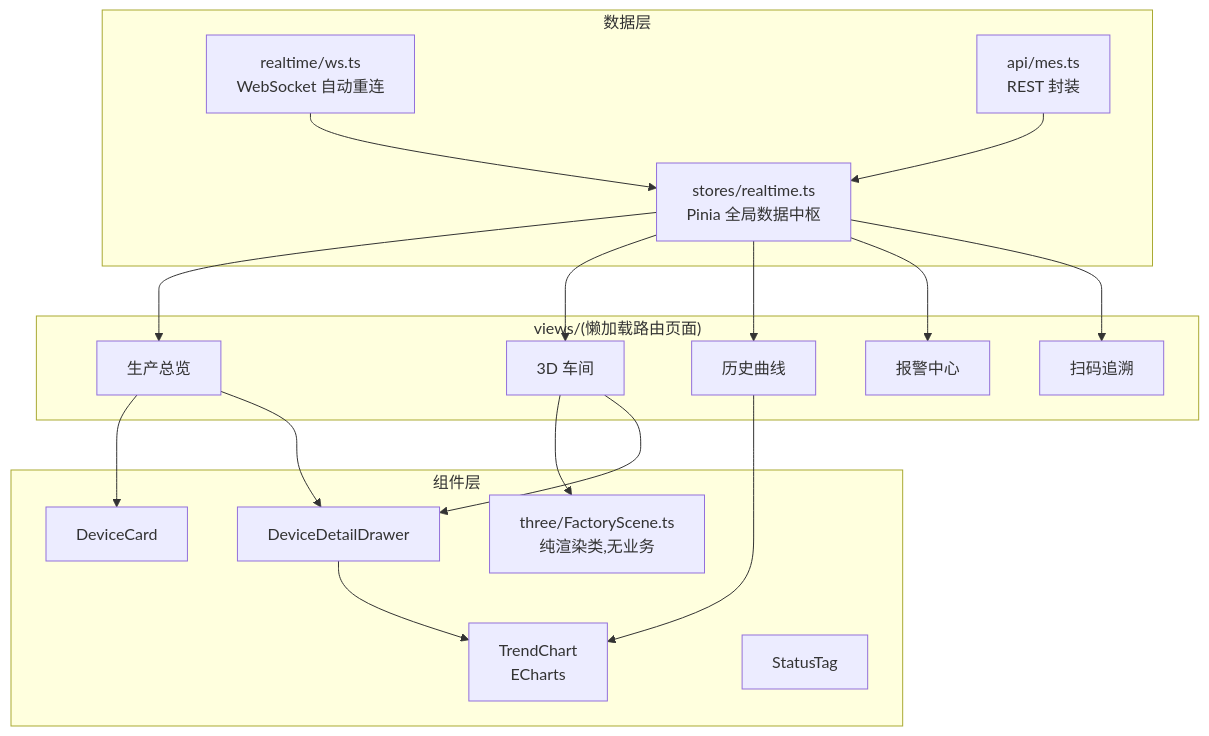
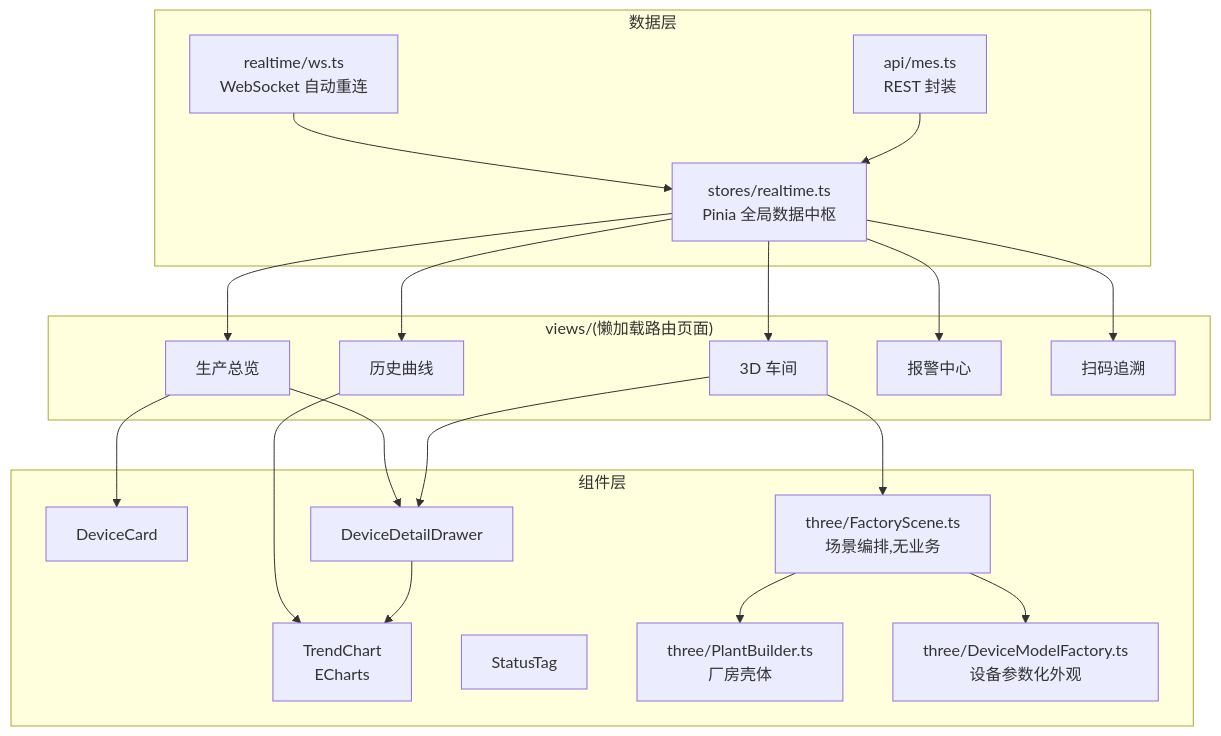
Before and after one commit to tezzke/MES-JAVA: the eighth of 8 diagrams in docs/架构设计.md, drawn with Mermaid. The commit also changed other lines of this file and 84 other files, not shown here.

````diff
--- a/docs/架构设计.md
+++ b/docs/架构设计.md
@@ -495,27 +498,30 @@
 ```mermaid
 flowchart TB
     subgraph 数据层
         WS[realtime/ws.ts<br/>WebSocket 自动重连] --> STORE
         REST[api/mes.ts<br/>REST 封装] --> STORE[stores/realtime.ts<br/>Pinia 全局数据中枢]
     end
     subgraph 页面层["views/(懒加载路由页面)"]
         V1[生产总览]
         V2[3D 车间]
         V3[历史曲线]
         V4[报警中心]
         V5[扫码追溯]
     end
     subgraph 组件层
         C1[DeviceCard]
         C2[DeviceDetailDrawer]
         C3[TrendChart<br/>ECharts]
         C4[StatusTag]
-        T[three/FactoryScene.ts<br/>纯渲染类,无业务]
+        T[three/FactoryScene.ts<br/>场景编排,无业务]
+        T1[three/PlantBuilder.ts<br/>厂房壳体]
+        T2[three/DeviceModelFactory.ts<br/>设备参数化外观]
     end
     STORE --> V1 & V2 & V3 & V4 & V5
     V1 --> C1 & C2
     V2 --> T
     V2 --> C2
+    T --> T1 & T2
     V3 --> C3
     C2 --> C3
 ```
````
